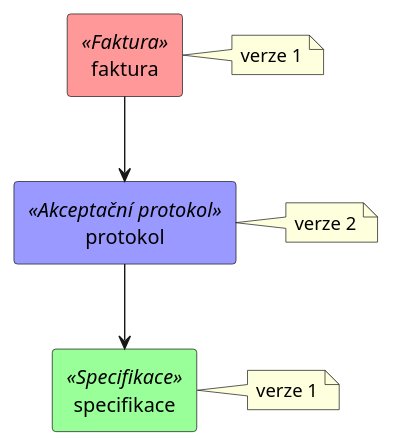
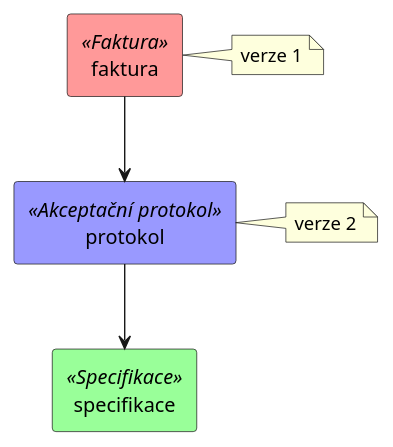
The second of 9 diagrams in doc/spec.adoc (techlib/spis), drawn with PlantUML before and after one commit. The commit also changed other lines of this file, not shown here.

```diff
--- a/doc/spec.adoc
+++ b/doc/spec.adoc
@@ -75,15 +75,14 @@
 [plantuml,align="center"]
 ....
 @startuml
 rectangle "faktura" <<Faktura>> #ff9999
 rectangle "protokol" <<Akceptační protokol>> #9999ff
 rectangle "specifikace" <<Specifikace>> #99ff99
 
 faktura -d-> protokol
 protokol -d-> specifikace
 
 note right of faktura: verze 1
 note right of protokol: verze 2
-note right of specifikace: verze 1
 @enduml
 ....
```
